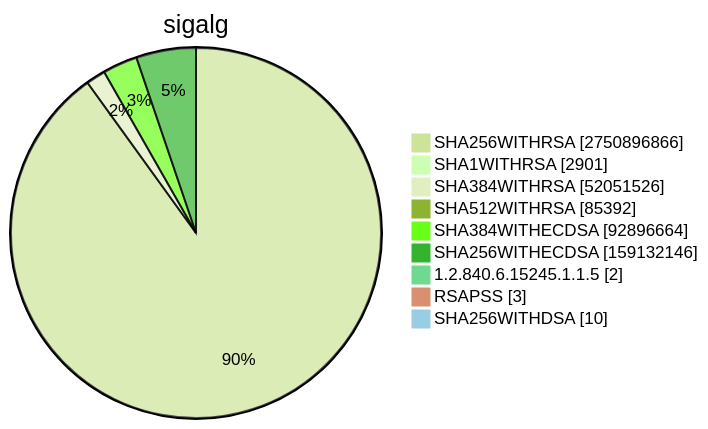
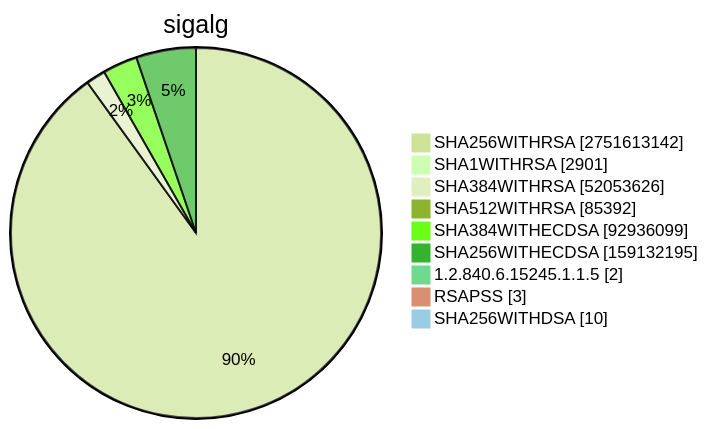
One commit to christiankrug/ctmonitor_visualization changed diagram 15 of 15 in TOTAL/README.md. Above: the diagram before and after it, drawn with Mermaid (forest theme). The commit also changed other lines of this file, not shown here.

````diff
--- a/TOTAL/README.md
+++ b/TOTAL/README.md
@@ -6205,13 +6205,13 @@
 ```mermaid
 pie showData
 title sigalg
-"SHA256WITHRSA" :2750896866
+"SHA256WITHRSA" :2751613142
 "SHA1WITHRSA" :2901
-"SHA384WITHRSA" :52051526
+"SHA384WITHRSA" :52053626
 "SHA512WITHRSA" :85392
-"SHA384WITHECDSA" :92896664
-"SHA256WITHECDSA" :159132146
+"SHA384WITHECDSA" :92936099
+"SHA256WITHECDSA" :159132195
 "1.2.840.6.15245.1.1.5" :2
 "RSAPSS" :3
 "SHA256WITHDSA" :10
 ```
````
